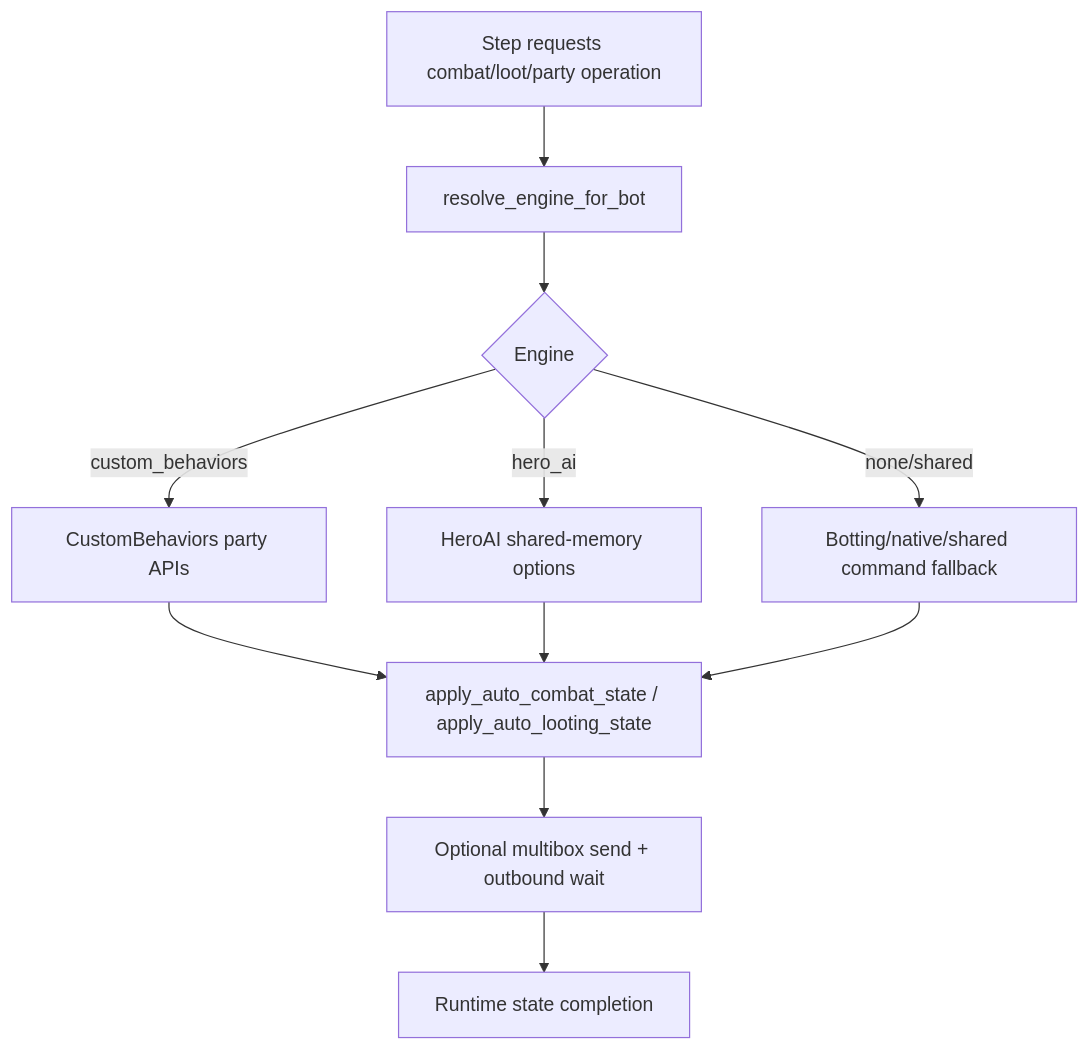
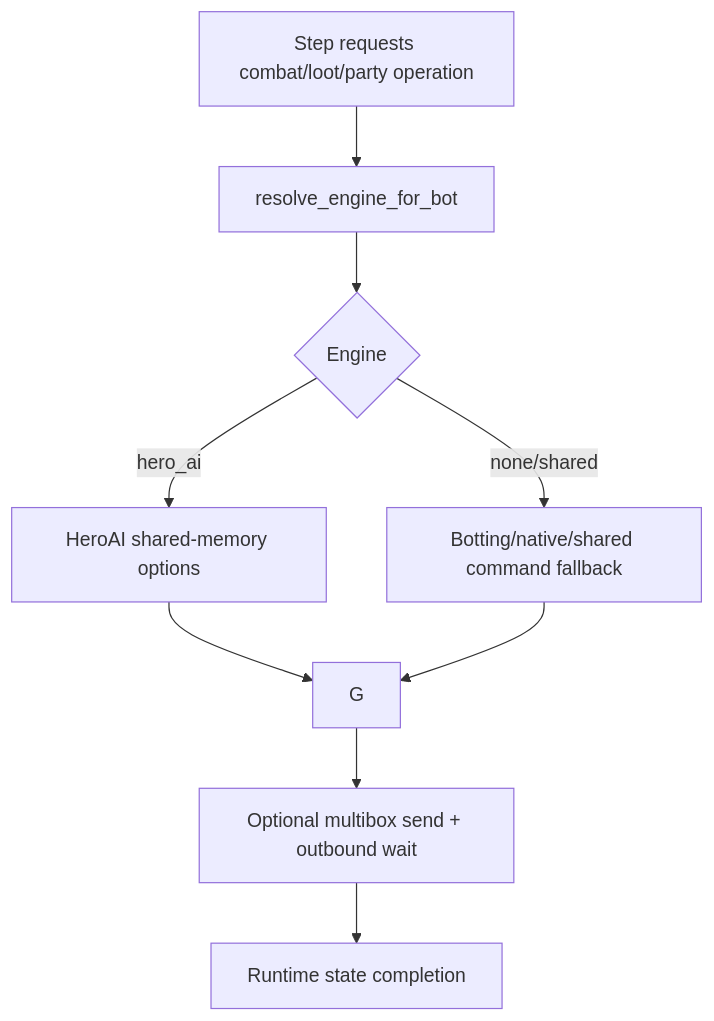
One commit to apoguita/Py4GW changed the third of 3 diagrams in Sources/modular_bot/Docs/architecture.md. Above: the diagram before and after it, drawn with Mermaid. The commit also changed 416 other files, not shown here.

First line of the commit message:
Retiring CustomBehaviors

````diff
--- a/Sources/modular_bot/Docs/architecture.md
+++ b/Sources/modular_bot/Docs/architecture.md
@@ -35,13 +35,11 @@
 ```mermaid
 flowchart TD
     A[Step requests combat/loot/party operation] --> B[resolve_engine_for_bot]
     B --> C{Engine}
-    C -- custom_behaviors --> D[CustomBehaviors party APIs]
     C -- hero_ai --> E[HeroAI shared-memory options]
     C -- none/shared --> F[Botting/native/shared command fallback]
-    D --> G[apply_auto_combat_state / apply_auto_looting_state]
     E --> G
     F --> G
     G --> H[Optional multibox send + outbound wait]
     H --> I[Runtime state completion]
 ```
````
